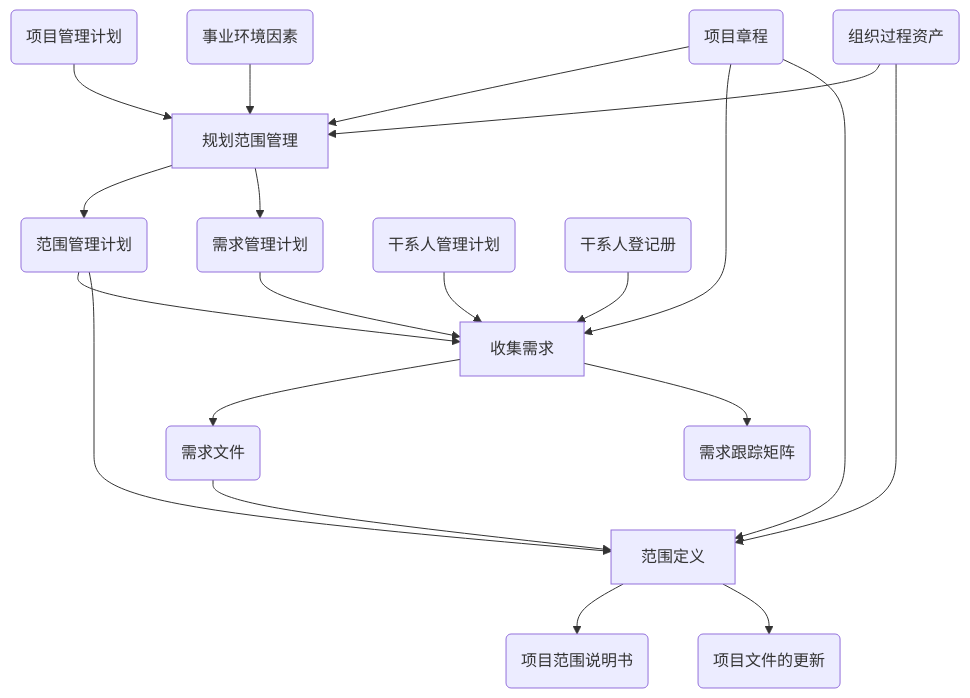
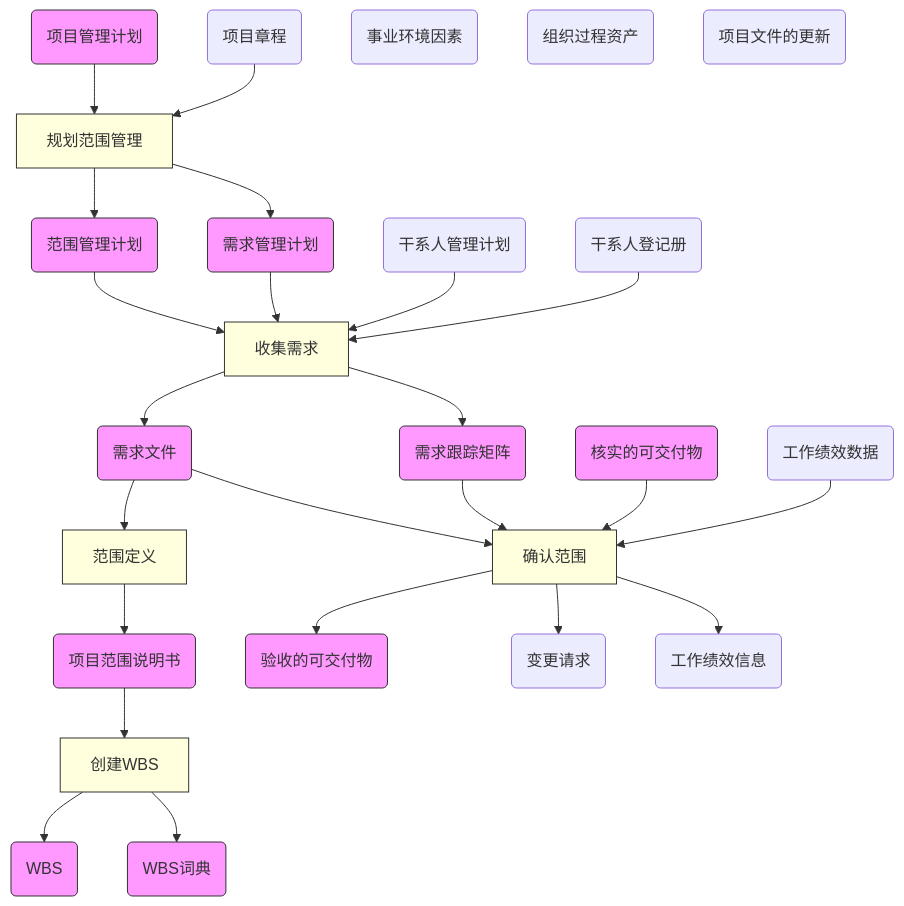
Before and after one commit to zsea/Information-system-project-manager: the second of 2 diagrams in Project-management-knowledge/scope.md, drawn with Mermaid. The commit also changed other lines of this file, not shown here.

````diff
--- a/Project-management-knowledge/scope.md
+++ b/Project-management-knowledge/scope.md
@@ -106,38 +213,53 @@
 ```mermaid
 graph TB;
+    classDef PROCESS fill:#FFFFDE,stroke:#333,stroke-width:1px;
+    classDef INNER fill:#f9f,stroke:#333,stroke-width:1px;
     A(项目管理计划)
     B(项目章程)
     C(事业环境因素)
     D(组织过程资产)
     E[规划范围管理]
     A-->E
     B-->E
-    C-->E
-    D-->E
     F(范围管理计划)
     G(需求管理计划)
     E-->F
     E-->G
     H(干系人管理计划)
     I(干系人登记册)
     J[收集需求]
     H-->J
     I-->J
     F-->J
     G-->J
-    B-->J
     K(需求文件)
     L(需求跟踪矩阵)
     J-->K
     J-->L
     M[范围定义]
     K-->M
-    B-->M
-    F-->M
-    D-->M
     N(项目范围说明书)
     O(项目文件的更新)
     M-->N
-    M-->O
-
+    P[创建WBS]
+    N-->P
+    Q(WBS)
+    R(WBS词典)
+    P-->Q
+    P-->R
+    S(核实的可交付物)
+    T(工作绩效数据)
+    U[确认范围]
+    S-->U
+    T-->U
+    K-->U
+    L-->U
+    V(验收的可交付物)
+    W(变更请求)
+    X(工作绩效信息)
+    U-->V
+    U-->W
+    U-->X
+    class E,P,M,J,U PROCESS;
+    class A,F,G,K,L,N,Q,R,S,V INNER
 ```
````
